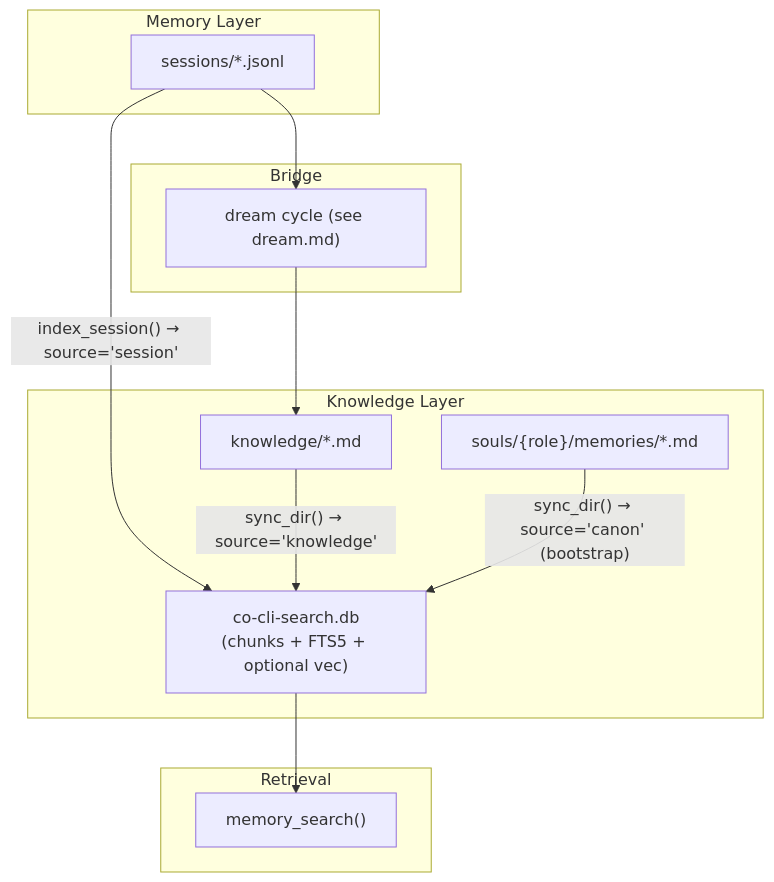
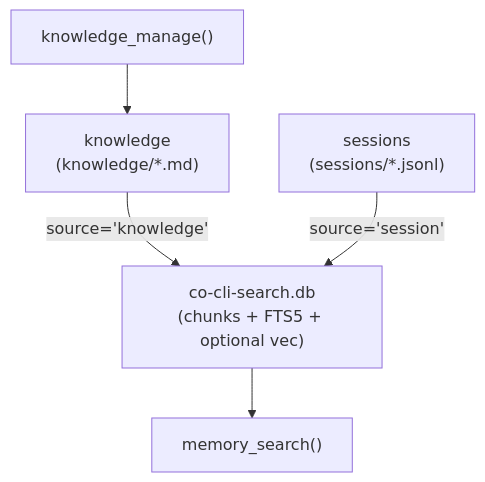
One commit to binlecode/co-cli changed the diagram in docs/specs/memory.md. Above: the diagram before and after it, drawn with Mermaid. The commit also changed other lines of this file and 48 other files, not shown here.

````diff
--- a/docs/specs/memory.md
+++ b/docs/specs/memory.md
@@ -16,27 +15,7 @@
 ```mermaid
 flowchart TD
-    subgraph Memory["Memory Layer"]
-        Sessions["sessions/*.jsonl"]
-    end
-
-    subgraph Bridge["Bridge"]
-        Dream["dream cycle (see dream.md)"]
-    end
-
-    subgraph Knowledge["Knowledge Layer"]
-        KDir["knowledge/*.md"]
-        CanonDir["souls/{role}/memories/*.md"]
-        SearchDB["co-cli-search.db\n(chunks + FTS5 + optional vec)"]
-    end
-
-    subgraph Recall["Retrieval"]
-        MemorySearch["memory_search()"]
-    end
-
-    Sessions -->|"index_session() → source='session'"| SearchDB
-    Sessions --> Dream
-    Dream --> KDir
-    KDir -->|"sync_dir() → source='knowledge'"| SearchDB
-    CanonDir -->|"sync_dir() → source='canon' (bootstrap)"| SearchDB
-    SearchDB --> MemorySearch
+    Knowledge["knowledge\n(knowledge/*.md)"] -->|"source='knowledge'"| SearchDB["co-cli-search.db\n(chunks + FTS5 + optional vec)"]
+    Sessions["sessions\n(sessions/*.jsonl)"] -->|"source='session'"| SearchDB
+    SearchDB --> MemSearch["memory_search()"]
+    KnowManage["knowledge_manage()"] --> Knowledge
 ```
````
